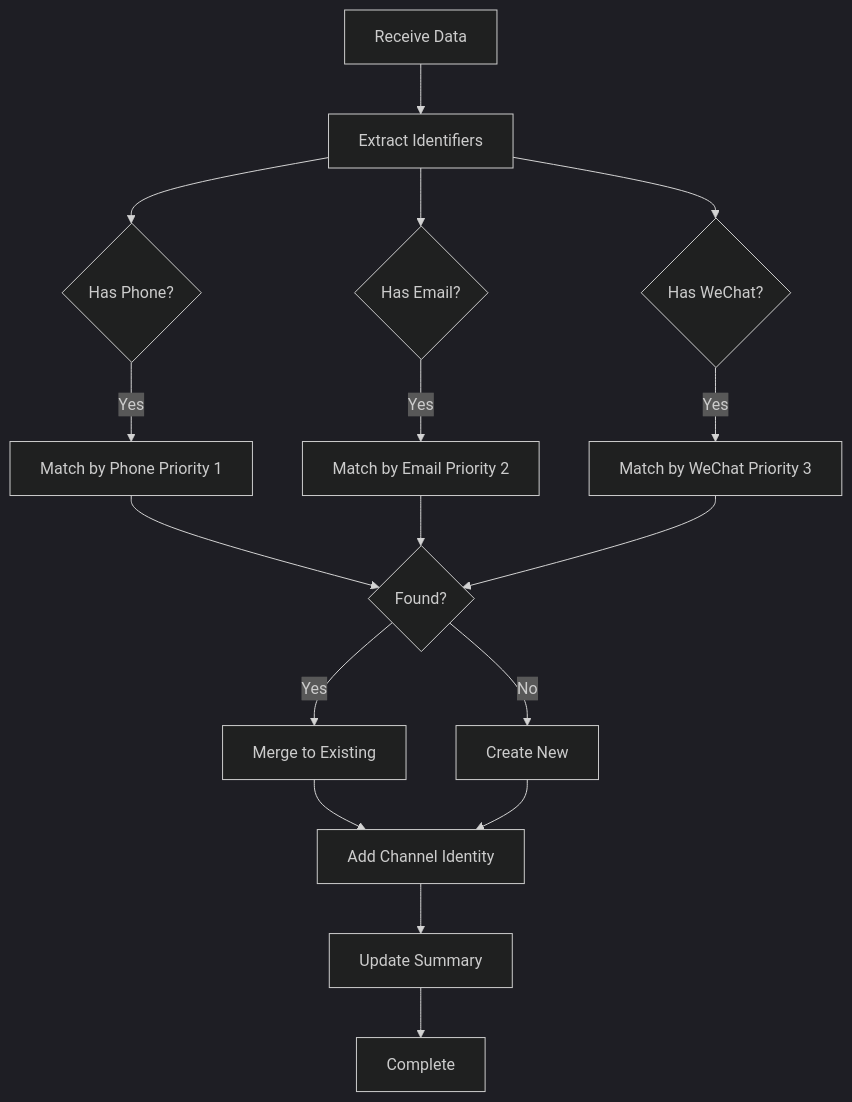
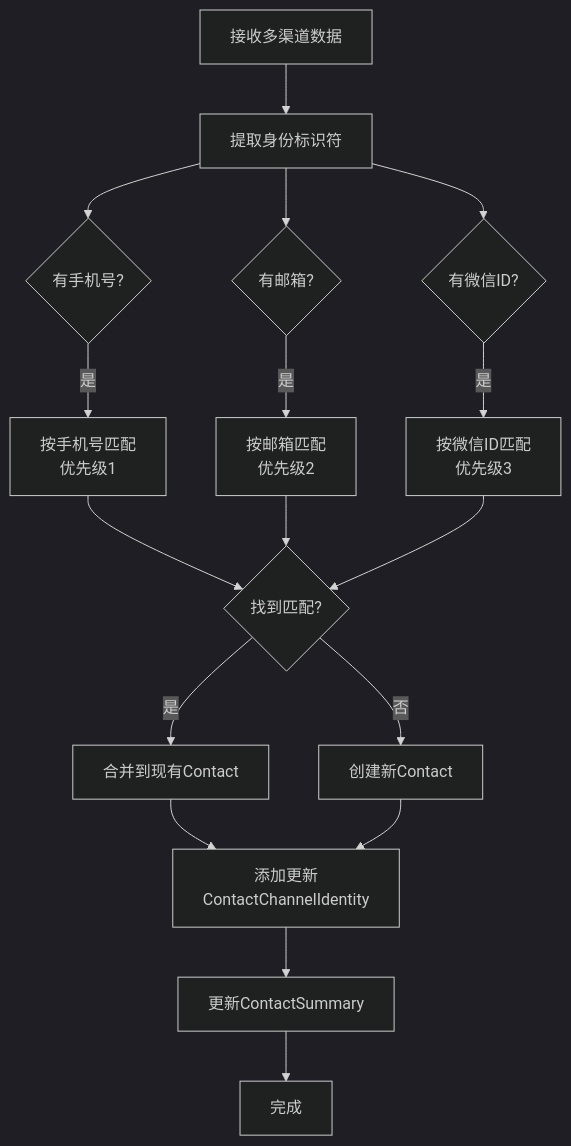
Diagram 24 of 25 in docs/b2b-cdp-entity-design.md (312268112/advanced-java), drawn with Mermaid (dark theme) before and after one commit. The commit also changed other lines of this file, not shown here.

````diff
--- a/docs/b2b-cdp-entity-design.md
+++ b/docs/b2b-cdp-entity-design.md
@@ -869,25 +876,25 @@
 ```mermaid
 flowchart TD
-    Start[Receive Data] --> Extract[Extract Identifiers]
+    开始[接收多渠道数据] --> 提取[提取身份标识符]
     
-    Extract --> Phone{Has Phone?}
-    Extract --> Email{Has Email?}
-    Extract --> WeChat{Has WeChat?}
+    提取 --> 手机{有手机号?}
+    提取 --> 邮箱{有邮箱?}
+    提取 --> 微信{有微信ID?}
     
-    Phone -->|Yes| MatchPhone[Match by Phone Priority 1]
-    Email -->|Yes| MatchEmail[Match by Email Priority 2]
-    WeChat -->|Yes| MatchWeChat[Match by WeChat Priority 3]
+    手机 -->|是| 手机匹配[按手机号匹配<br/>优先级1]
+    邮箱 -->|是| 邮箱匹配[按邮箱匹配<br/>优先级2]
+    微信 -->|是| 微信匹配[按微信ID匹配<br/>优先级3]
     
-    MatchPhone --> Found{Found?}
-    MatchEmail --> Found
-    MatchWeChat --> Found
+    手机匹配 --> 找到{找到匹配?}
+    邮箱匹配 --> 找到
+    微信匹配 --> 找到
     
-    Found -->|Yes| Merge[Merge to Existing]
-    Found -->|No| Create[Create New]
+    找到 -->|是| 合并[合并到现有Contact]
+    找到 -->|否| 创建[创建新Contact]
     
-    Merge --> AddIdentity[Add Channel Identity]
-    Create --> AddIdentity
+    合并 --> 添加身份[添加更新<br/>ContactChannelIdentity]
+    创建 --> 添加身份
     
-    AddIdentity --> UpdateSummary[Update Summary]
-    UpdateSummary --> End[Complete]
+    添加身份 --> 更新汇总[更新ContactSummary]
+    更新汇总 --> 完成[完成]
 ```
````
